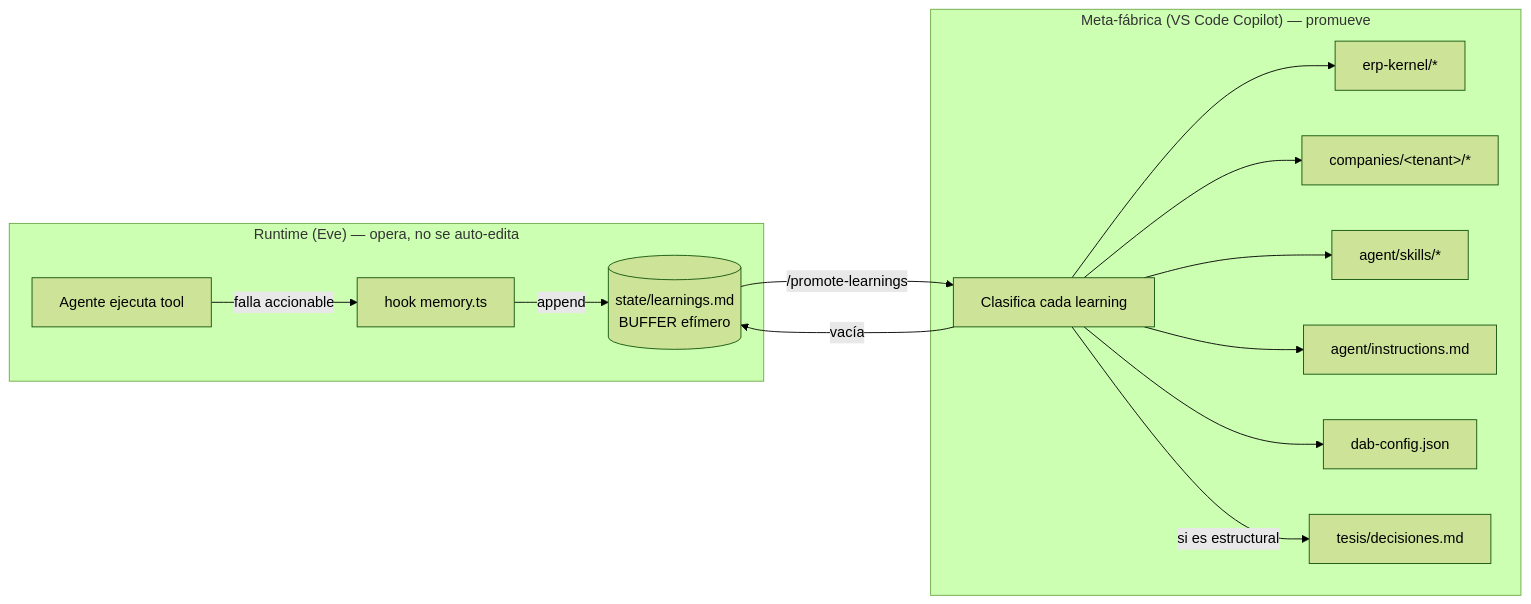
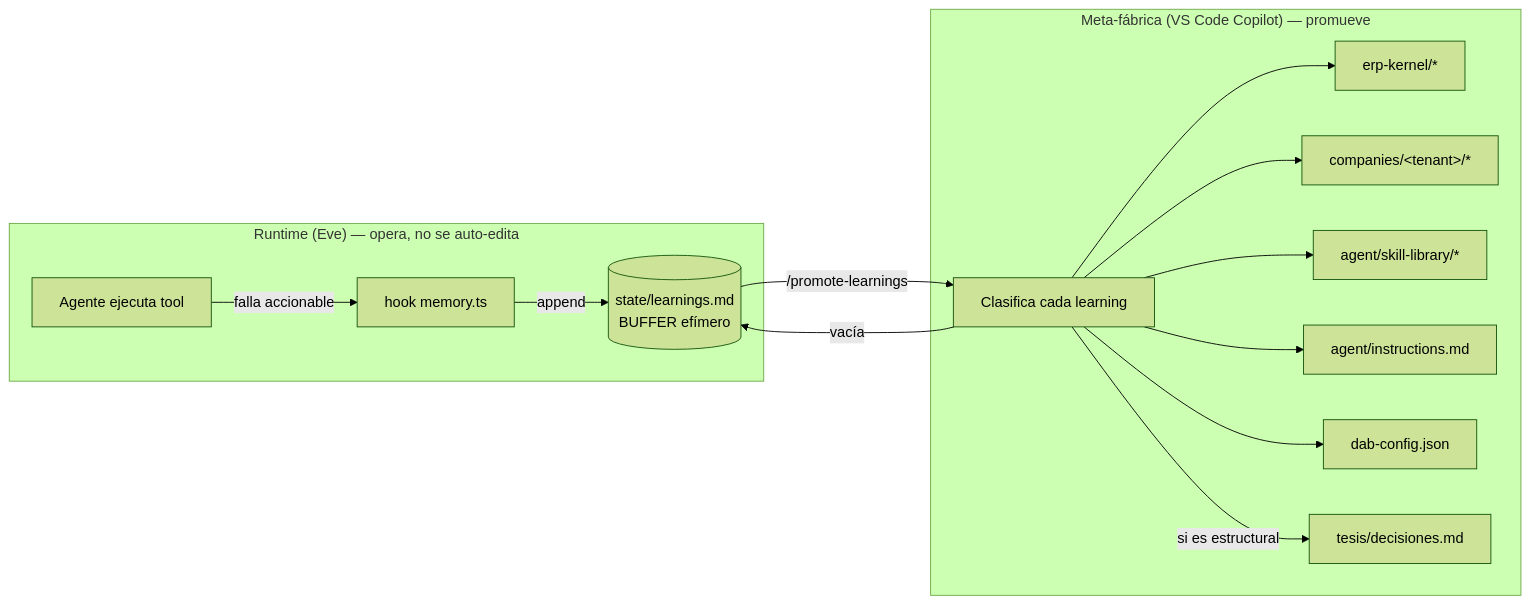
The diagram in tesis/constitucion.md (carlosg2/sk-eve), drawn with Mermaid (forest theme) before and after one commit. The commit also changed other lines of this file and 1 other file, not shown here.

````diff
--- a/tesis/constitucion.md
+++ b/tesis/constitucion.md
@@ -84,17 +85,17 @@
 ```mermaid
 flowchart LR
   subgraph Runtime["Runtime (Eve) — opera, no se auto-edita"]
     A[Agente ejecuta tool] -->|falla accionable| H[hook memory.ts]
     H -->|append| B[(state/learnings.md<br/>BUFFER efímero)]
   end
   subgraph Fabrica["Meta-fábrica (VS Code Copilot) — promueve"]
     B -->|/promote-learnings| P[Clasifica cada learning]
     P --> K[erp-kernel/*]
     P --> T[companies/&lt;tenant&gt;/*]
-    P --> S[agent/skills/*]
+    P --> S[agent/skill-library/*]
     P --> I[agent/instructions.md]
     P --> D[dab-config.json]
     P -->|vacía| B
     P -->|si es estructural| DEC[tesis/decisiones.md]
   end
 ```
````
